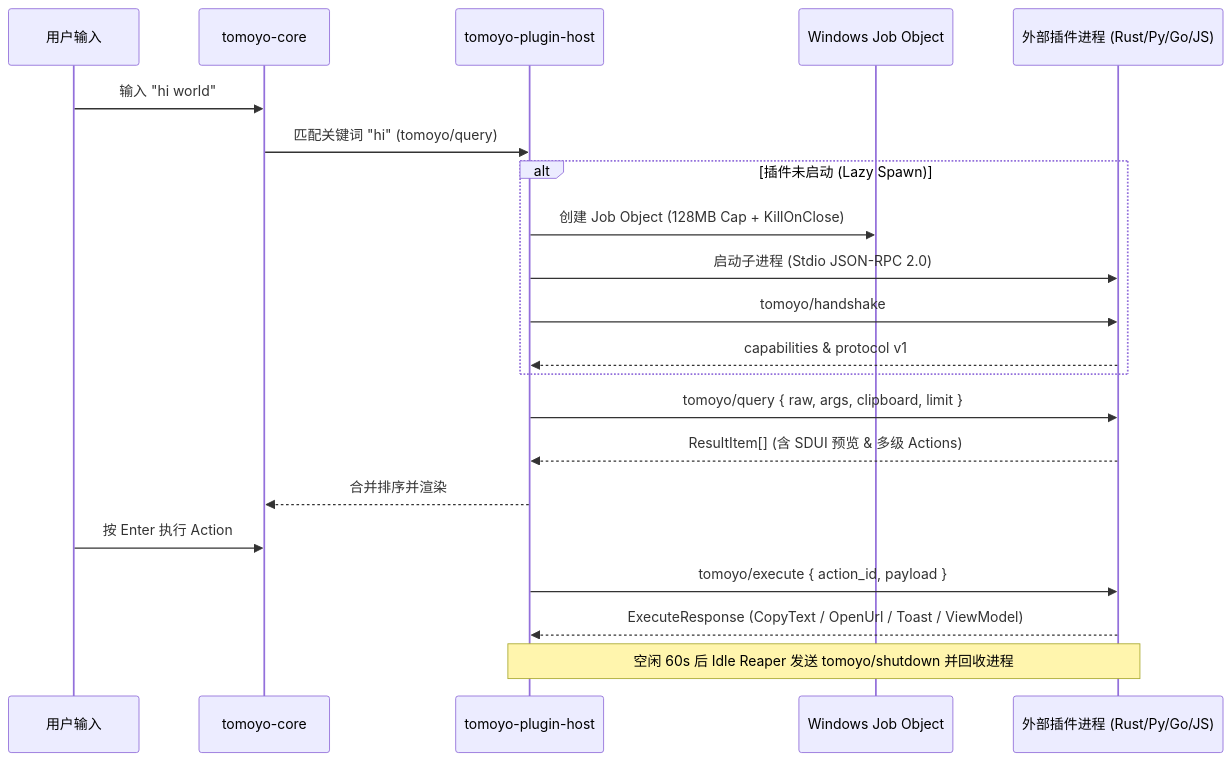
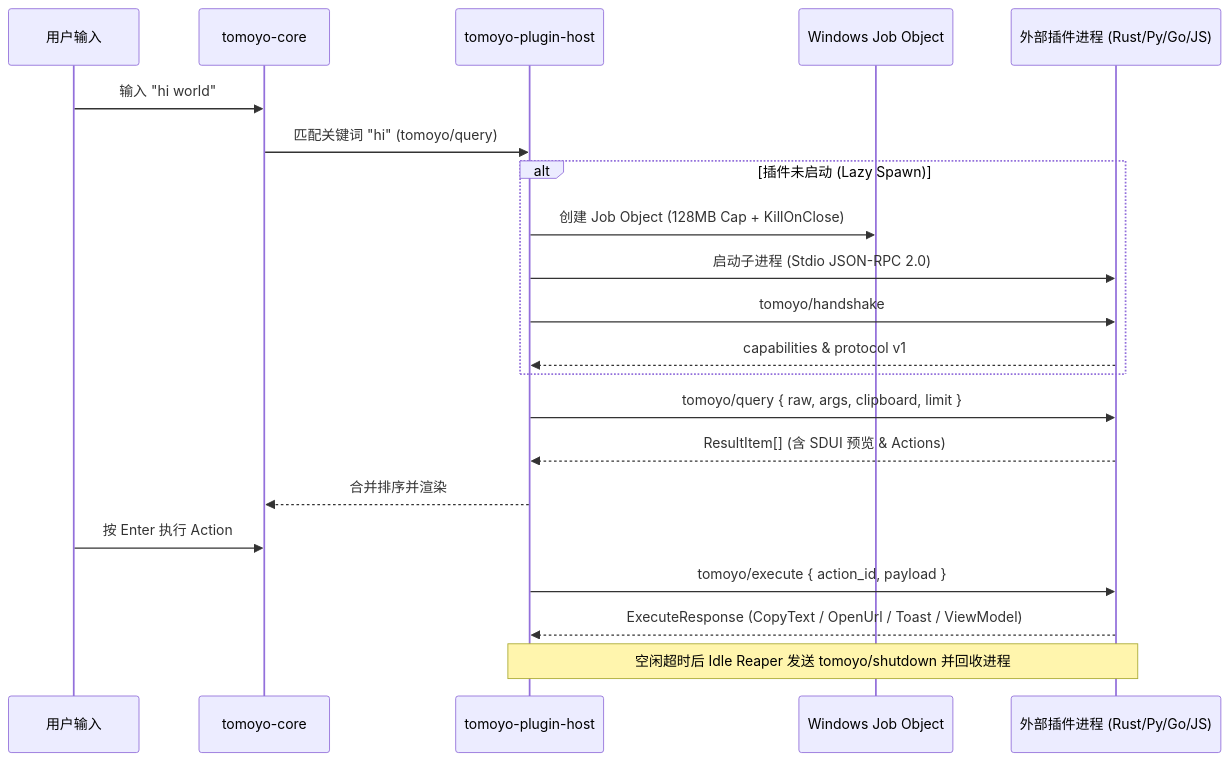
One commit to q871958549/Tomoyo changed the second of 2 diagrams in docs/ARCHITECTURE.md. Above: the diagram before and after it, drawn with Mermaid. The commit also changed other lines of this file and 3 other files, not shown here.

````diff
--- a/docs/ARCHITECTURE.md
+++ b/docs/ARCHITECTURE.md
@@ -110,24 +106,24 @@
 ```mermaid
 sequenceDiagram
     participant User as 用户输入
     participant Core as tomoyo-core
     participant Host as tomoyo-plugin-host
     participant Job as Windows Job Object
     participant Plugin as 外部插件进程 (Rust/Py/Go/JS)
 
     User->>Core: 输入 "hi world"
     Core->>Host: 匹配关键词 "hi" (tomoyo/query)
     alt 插件未启动 (Lazy Spawn)
         Host->>Job: 创建 Job Object (128MB Cap + KillOnClose)
         Host->>Plugin: 启动子进程 (Stdio JSON-RPC 2.0)
         Host->>Plugin: tomoyo/handshake
         Plugin-->>Host: capabilities & protocol v1
     end
     Host->>Plugin: tomoyo/query { raw, args, clipboard, limit }
-    Plugin-->>Host: ResultItem[] (含 SDUI 预览 & 多级 Actions)
+    Plugin-->>Host: ResultItem[] (含 SDUI 预览 & Actions)
     Host-->>Core: 合并排序并渲染
     User->>Core: 按 Enter 执行 Action
     Host->>Plugin: tomoyo/execute { action_id, payload }
     Plugin-->>Host: ExecuteResponse (CopyText / OpenUrl / Toast / ViewModel)
-    Note over Host,Plugin: 空闲 60s 后 Idle Reaper 发送 tomoyo/shutdown 并回收进程
+    Note over Host,Plugin: 空闲超时后 Idle Reaper 发送 tomoyo/shutdown 并回收进程
 ```
````
